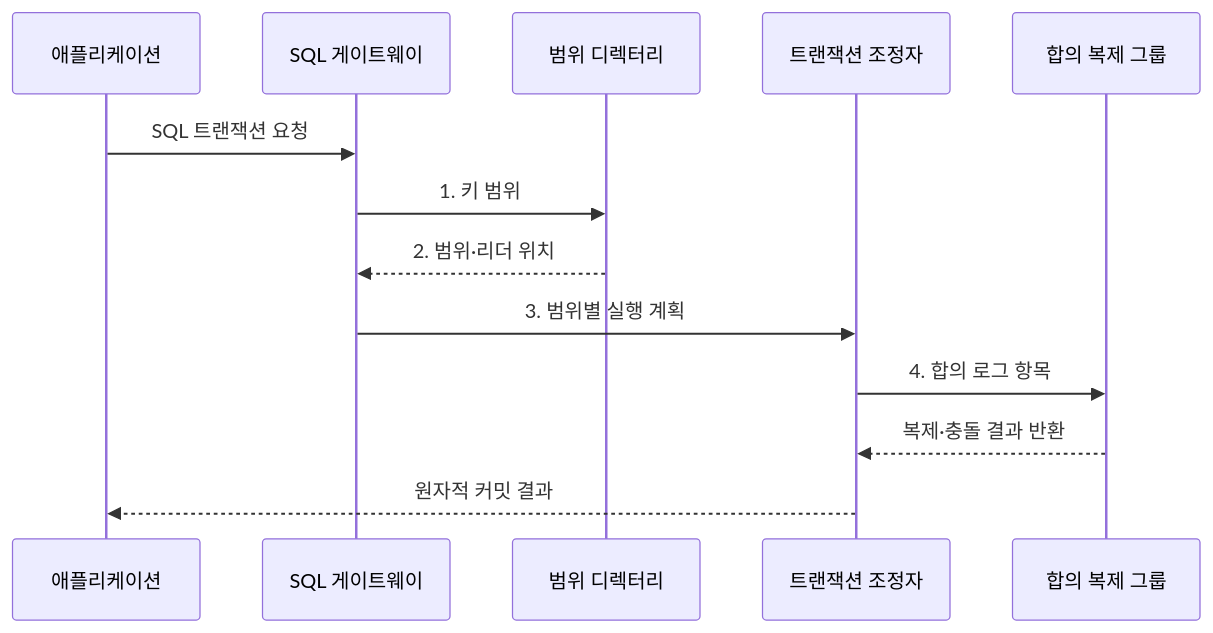
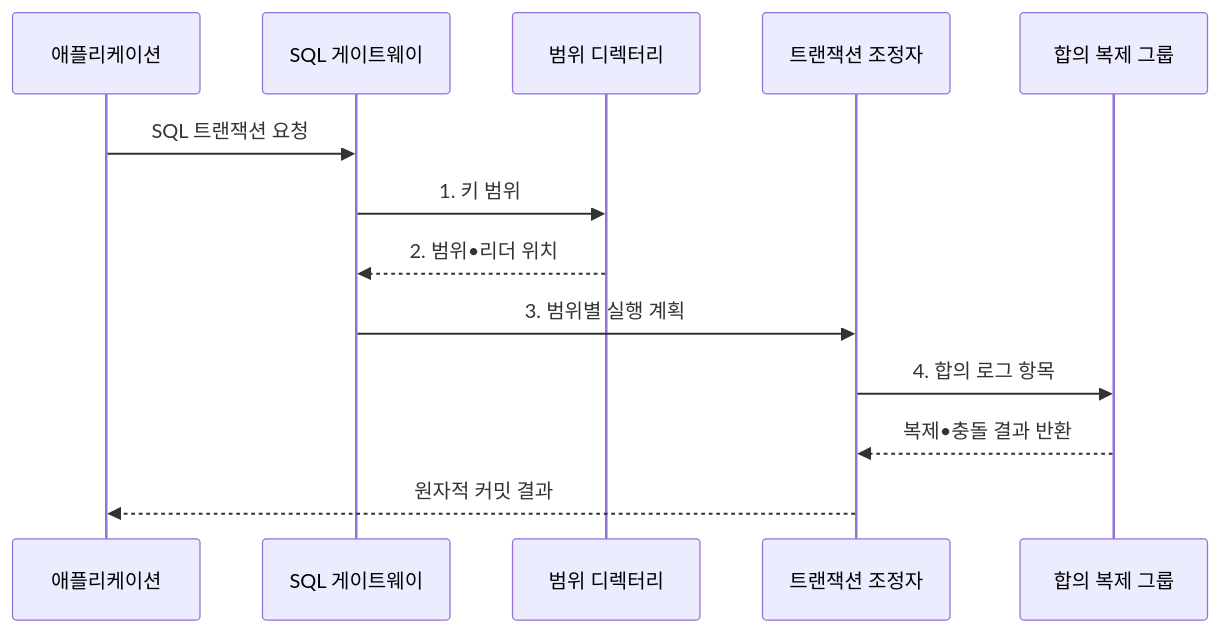
Before and after one commit to agnusdei1207/knowledge-base: the second of 2 diagrams in src/content/docs/notes/03-software/115_newsql.md, drawn with Mermaid. The commit also changed other lines of this file and 953 other files, not shown here.

````diff
--- a/src/content/docs/notes/03-software/115_newsql.md
+++ b/src/content/docs/notes/03-software/115_newsql.md
@@ -107,15 +107,15 @@
 ```mermaid
 sequenceDiagram
     participant A as 애플리케이션
     participant G as SQL 게이트웨이
     participant D as 범위 디렉터리
     participant C as 트랜잭션 조정자
     participant R as 합의 복제 그룹
     A->>G: SQL 트랜잭션 요청
     G->>D: 1. 키 범위
-    D-->>G: 2. 범위·리더 위치
+    D-->>G: 2. 범위•리더 위치
     G->>C: 3. 범위별 실행 계획
     C->>R: 4. 합의 로그 항목
-    R-->>C: 복제·충돌 결과 반환
+    R-->>C: 복제•충돌 결과 반환
     C-->>A: 원자적 커밋 결과
 ```
````
